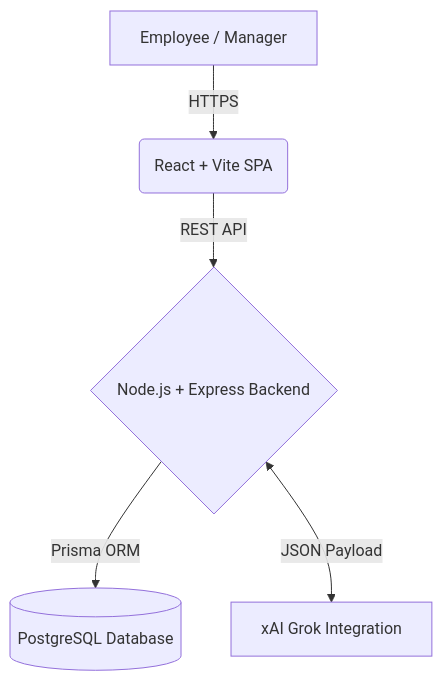
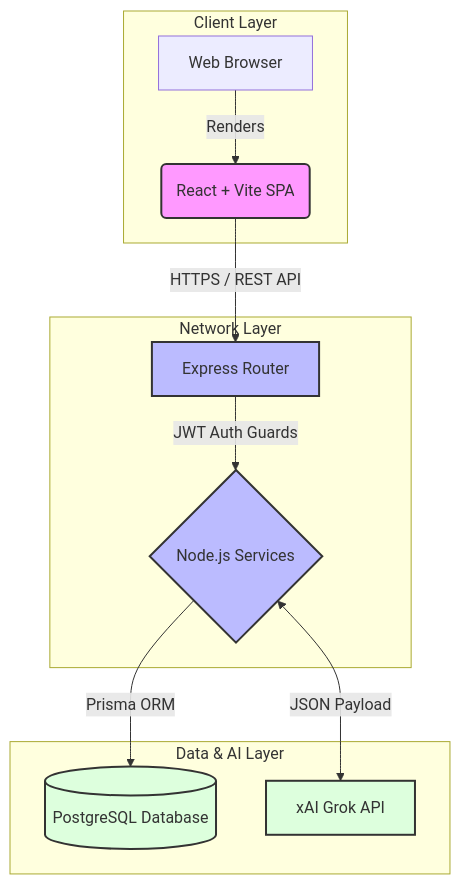
Before and after one commit to Neerav02/PulseGoals: the first of 2 diagrams in README.md, drawn with Mermaid. The commit also changed other lines of this file, not shown here.

Commit message:
docs: integrate detailed architecture and workflow diagrams

````diff
--- a/README.md
+++ b/README.md
@@ -64,7 +65,23 @@
 ```mermaid
 graph TD
-    A[Employee / Manager] -->|HTTPS| B(React + Vite SPA)
-    B -->|REST API| C{Node.js + Express Backend}
-    C -->|Prisma ORM| D[(PostgreSQL Database)]
-    C <-->|JSON Payload| E[xAI Grok Integration]
+    subgraph Client Layer
+        A[Web Browser] -->|Renders| B(React + Vite SPA)
+    end
+    
+    subgraph Network Layer
+        B -->|HTTPS / REST API| C[Express Router]
+        C -->|JWT Auth Guards| D{Node.js Services}
+    end
+    
+    subgraph Data & AI Layer
+        D -->|Prisma ORM| E[(PostgreSQL Database)]
+        D <-->|JSON Payload| F[xAI Grok API]
+    end
+
+    classDef client fill:#f9f,stroke:#333,stroke-width:2px;
+    classDef network fill:#bbf,stroke:#333,stroke-width:2px;
+    classDef data fill:#dfd,stroke:#333,stroke-width:2px;
+    class B client;
+    class C,D network;
+    class E,F data;
 ```
````
